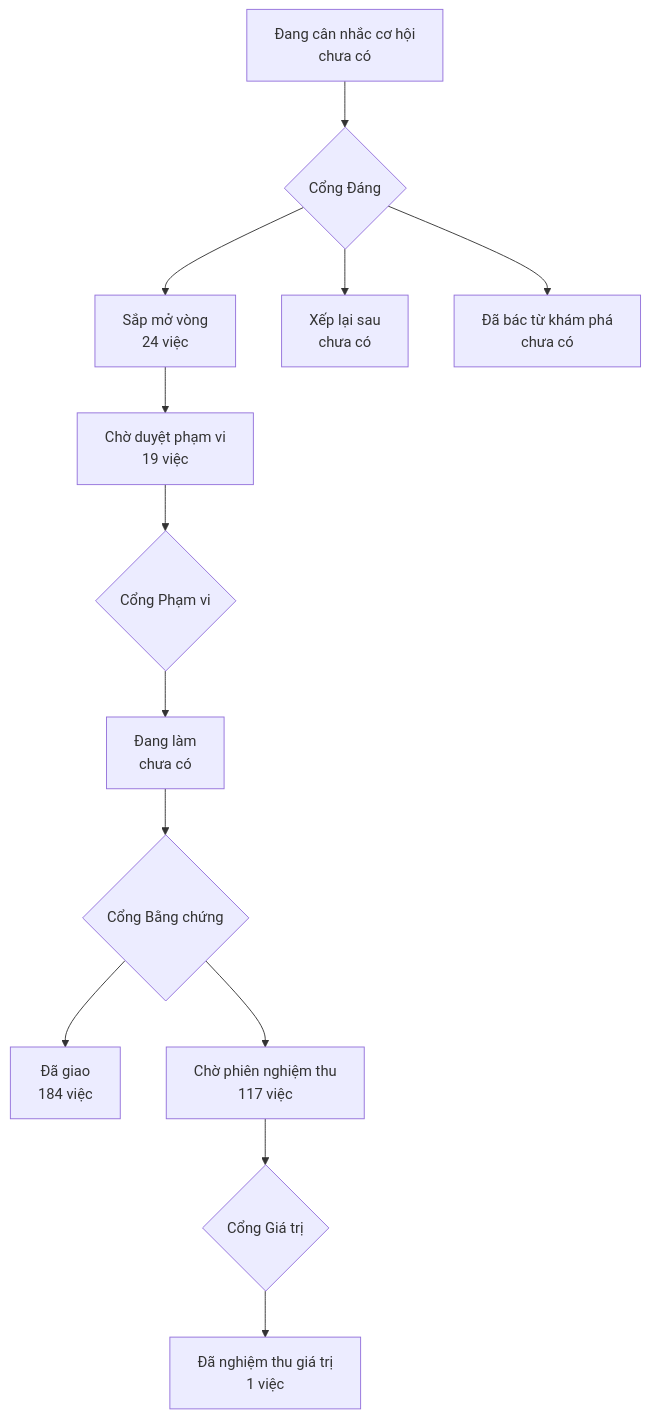
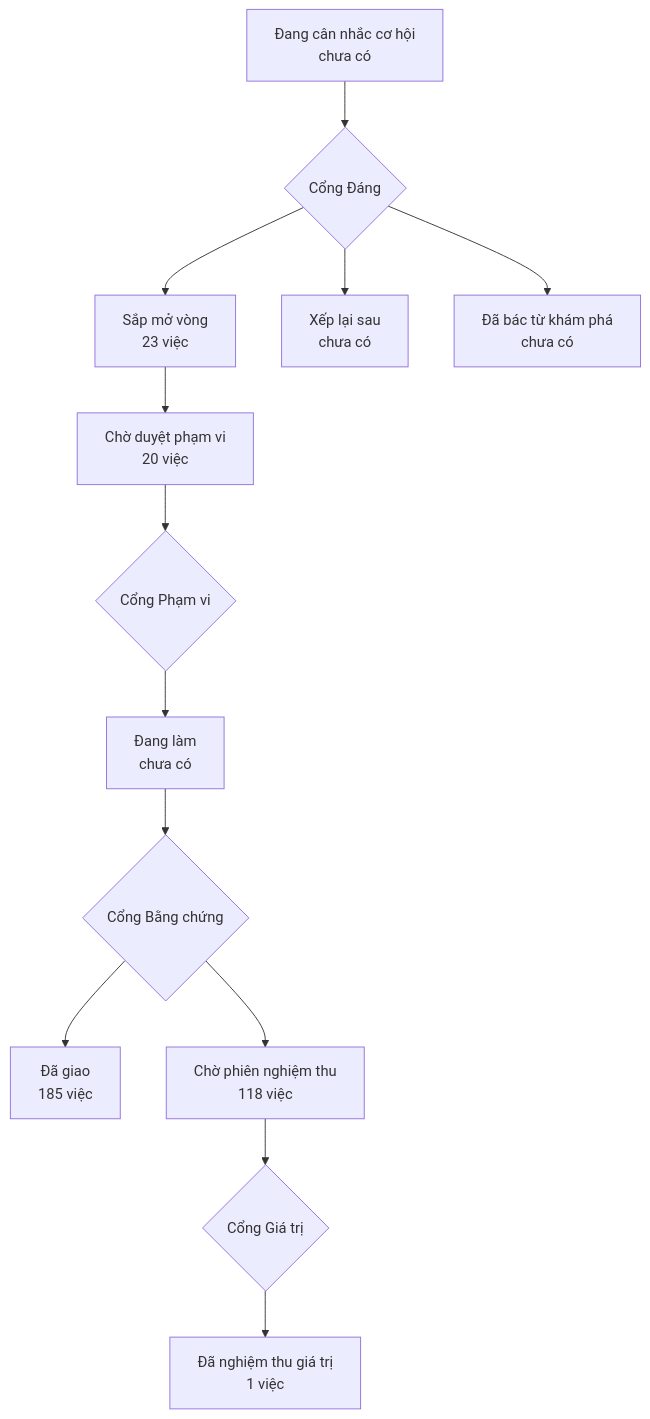
The diagram in PRODUCT-MAP.md (phanlemanh/onehub-invest), drawn with Mermaid before and after one commit. The commit also changed other lines of this file and 1 other file, not shown here.

Commit message:
chore: sinh lại bản đồ sau khi gộp main 8518c392

````diff
--- a/PRODUCT-MAP.md
+++ b/PRODUCT-MAP.md
@@ -7,12 +7,12 @@
 ```mermaid
 flowchart TD
   A["Đang cân nhắc cơ hội<br/>chưa có"] --> GD{"Cổng Đáng"}
-  GD --> B["Sắp mở vòng<br/>24 việc"]
+  GD --> B["Sắp mở vòng<br/>23 việc"]
   GD --> XL["Xếp lại sau<br/>chưa có"]
   GD --> DB["Đã bác từ khám phá<br/>chưa có"]
-  B --> CD["Chờ duyệt phạm vi<br/>19 việc"] --> GP{"Cổng Phạm vi"}
+  B --> CD["Chờ duyệt phạm vi<br/>20 việc"] --> GP{"Cổng Phạm vi"}
   GP --> DL["Đang làm<br/>chưa có"] --> GB{"Cổng Bằng chứng"}
-  GB --> DG["Đã giao<br/>184 việc"]
-  GB --> CN["Chờ phiên nghiệm thu<br/>117 việc"] --> GG{"Cổng Giá trị"}
+  GB --> DG["Đã giao<br/>185 việc"]
+  GB --> CN["Chờ phiên nghiệm thu<br/>118 việc"] --> GG{"Cổng Giá trị"}
   GG --> NT["Đã nghiệm thu giá trị<br/>1 việc"]
 ```
````
